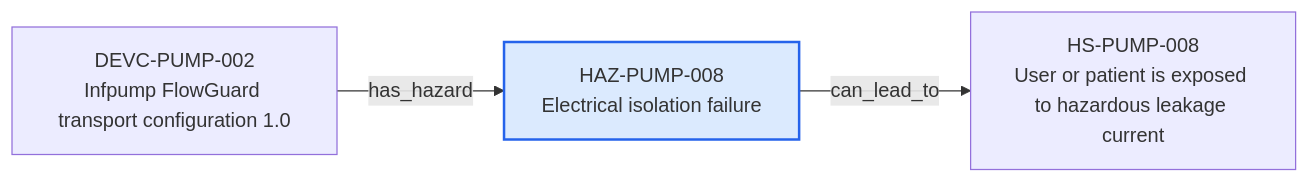
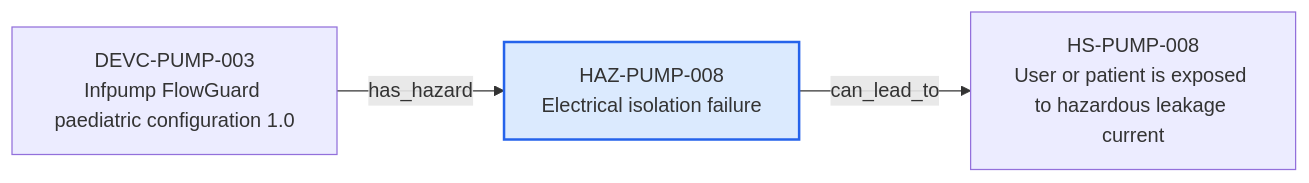
The diagram in content/06-Infpump FlowGuard ontology notes/hazard/HAZ-PUMP-008-electrical-isolation-failure.md (mvattulainen/mdrontology), drawn with Mermaid before and after one commit. The commit also changed other lines of this file and 321 other files, not shown here.

Commit message:
Implement Mermaid ontology audit findings

````diff
--- a/content/06-Infpump FlowGuard ontology notes/hazard/HAZ-PUMP-008-electrical-isolation-failure.md
+++ b/content/06-Infpump FlowGuard ontology notes/hazard/HAZ-PUMP-008-electrical-isolation-failure.md
@@ -71,10 +73,10 @@
 ```mermaid
 flowchart LR
   CURRENT["HAZ-PUMP-008<br/>Electrical isolation failure"]
-  PREV0["DEVC-PUMP-002<br/>Infpump FlowGuard transport configuration 1.0"]
+  PREV0["DEVC-PUMP-003<br/>Infpump FlowGuard paediatric configuration 1.0"]
   PREV0 -->|"has_hazard"| CURRENT
   NEXT0["HS-PUMP-008<br/>User or patient is exposed to hazardous leakage current"]
   CURRENT -->|"can_lead_to"| NEXT0
   classDef current fill:#dbeafe,stroke:#2563eb,stroke-width:2px
   class CURRENT current
 ```
````
